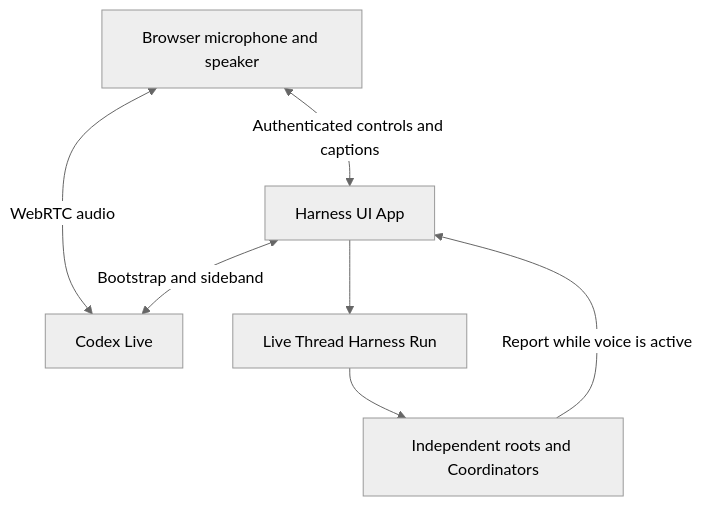
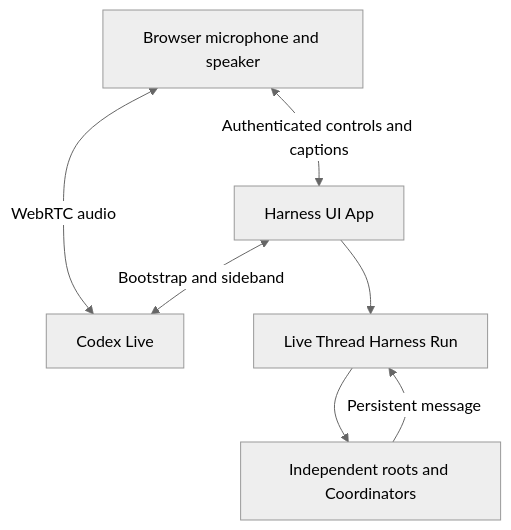
Before and after one commit to converge-ai-labs/agent-foundation: the diagram in spec/a13n-harness-ui/10-live-mode.md, drawn with Mermaid (neutral theme). The commit also changed other lines of this file and 47 other files, not shown here.

````diff
--- a/spec/a13n-harness-ui/10-live-mode.md
+++ b/spec/a13n-harness-ui/10-live-mode.md
@@ -7,9 +7,9 @@
 ```mermaid
 flowchart TD
     Browser[Browser microphone and speaker] <-->|WebRTC audio| Codex[Codex Live]
     Browser <-->|Authenticated controls and captions| App[Harness UI App]
     App <-->|Bootstrap and sideband| Codex
     App --> Executor[Live Thread Harness Run]
     Executor --> Roots[Independent roots and Coordinators]
-    Roots -->|Report while voice is active| App
+    Roots -->|Persistent message| Executor
 ```
````
